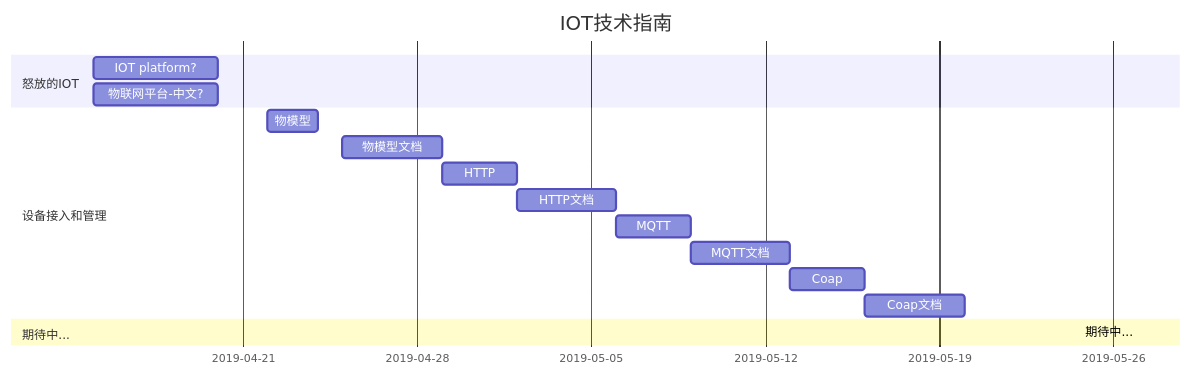
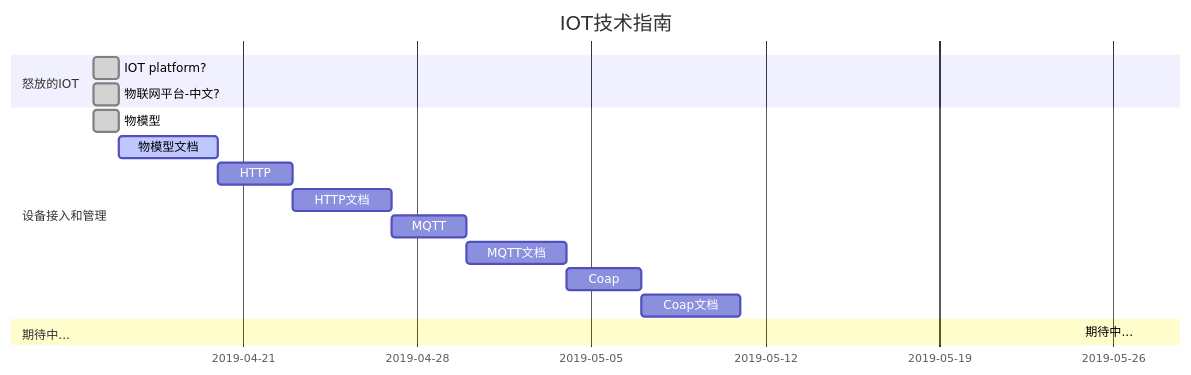
The diagram in doc/gantt_cn.md (IoT-Technology/IoT-Technical-Guide), drawn with Mermaid before and after one commit. The commit also changed 4 other files, not shown here.

````diff
--- a/doc/gantt_cn.md
+++ b/doc/gantt_cn.md
@@ -1,23 +1,24 @@
 ```mermaid
 gantt
 	dateFormat YYYY-MM-DD
 	title IOT技术指南
 	
 	section 怒放的IOT
-	IOT platform?     :    des1, 2019-04-15,2019-04-20
-	物联网平台-中文?    :    des1, 2019-04-15,2019-04-20
+	IOT platform?     :done,    des1, 2019-04-15,2019-04-16
+	物联网平台-中文?    :done,    des1, 2019-04-15,2019-04-16
 	
 	section 设备接入和管理
-    物模型             :    des1, 2019-04-22,2019-04-24
-    物模型文档          :    des2, 2019-04-25, 4d
+    物模型             :done,    des1, 2019-04-15,2019-04-16
+    物模型文档          :active,    des2, 2019-04-16, 4d
     HTTP              :    des3, after des2, 3d
     HTTP文档           :    des4, after des3, 4d
     MQTT              :    des5, after des4, 3d
     MQTT文档           :    des6, after des5, 4d
     Coap              :    des7, after des6, 3d
     Coap文档           :    des8, after des7, 4d
     
     section 期待中...
     期待中...			   :    des1, 2019-05-27,2019-6-02
 
+
 ```
````
